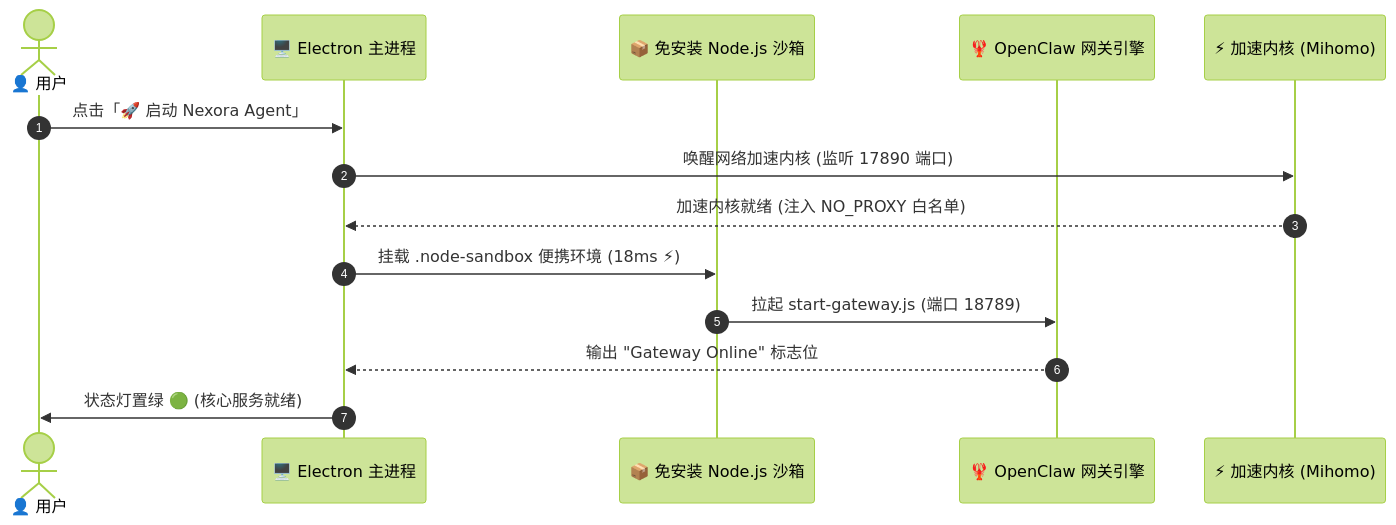
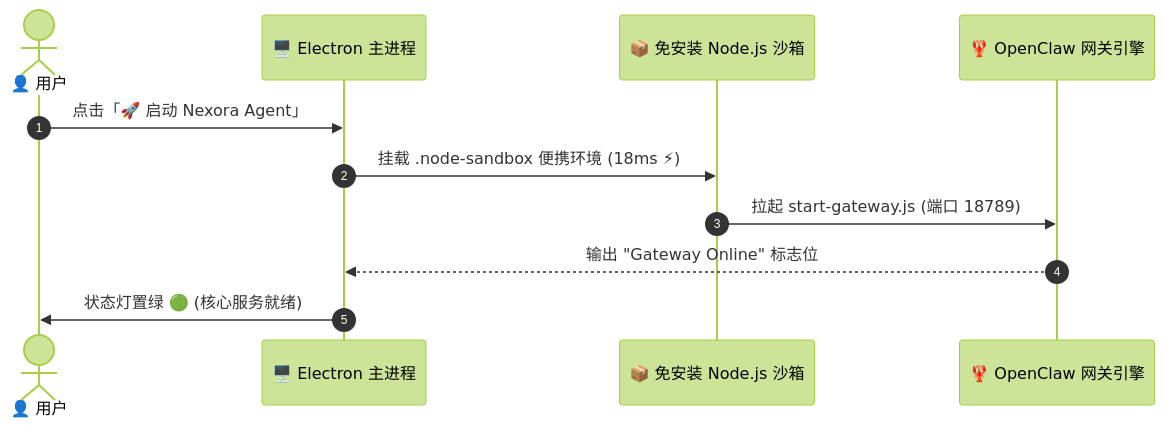
One commit to 2014-y/NexoraAgent changed the third of 5 diagrams in README.md. Above: the diagram before and after it, drawn with Mermaid (forest theme). The commit also changed other lines of this file and 4 other files, not shown here.

````diff
--- a/README.md
+++ b/README.md
@@ -402,17 +365,14 @@
 ```mermaid
 sequenceDiagram
     autonumber
     actor User as 👤 用户
     participant Main as 🖥️ Electron 主进程
     participant Sandbox as 📦 免安装 Node.js 沙箱
     participant Gateway as 🦞 OpenClaw 网关引擎
-    participant Proxy as ⚡ 加速内核 (Mihomo)
 
     User->>Main: 点击「🚀 启动 Nexora Agent」
-    Main->>Proxy: 唤醒网络加速内核 (监听 17890 端口)
-    Proxy-->>Main: 加速内核就绪 (注入 NO_PROXY 白名单)
     Main->>Sandbox: 挂载 .node-sandbox 便携环境 (18ms ⚡)
     Sandbox->>Gateway: 拉起 start-gateway.js (端口 18789)
     Gateway-->>Main: 输出 "Gateway Online" 标志位
     Main->>User: 状态灯置绿 🟢 (核心服务就绪)
 ```
````
